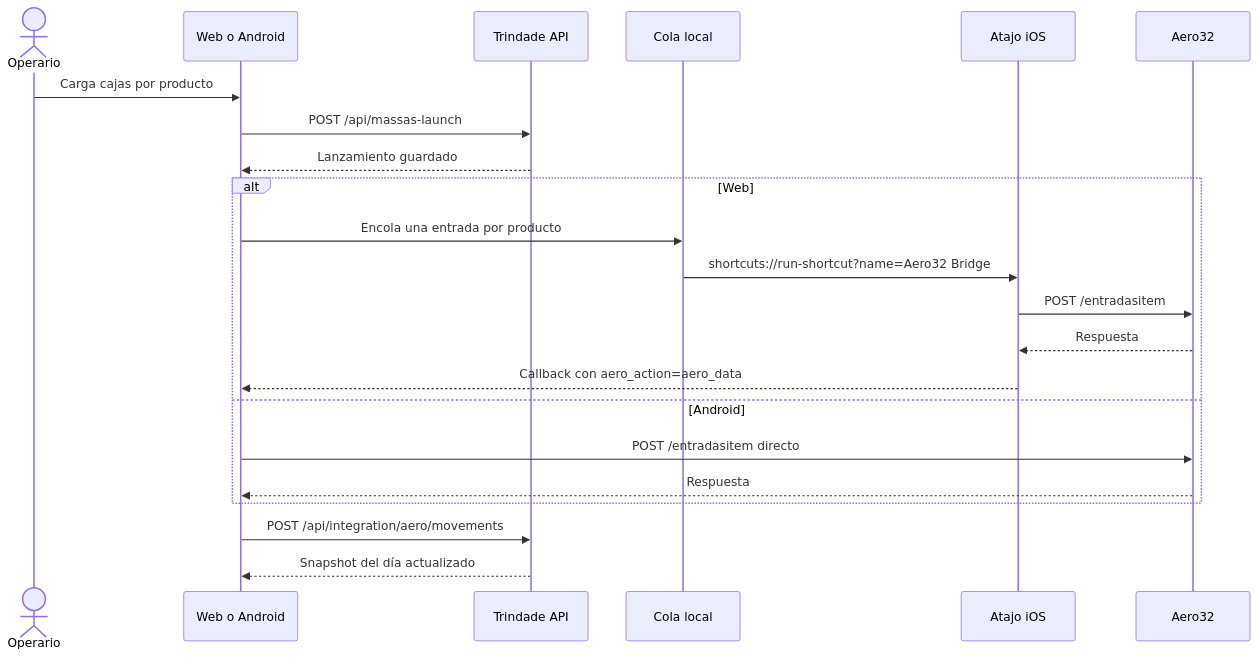
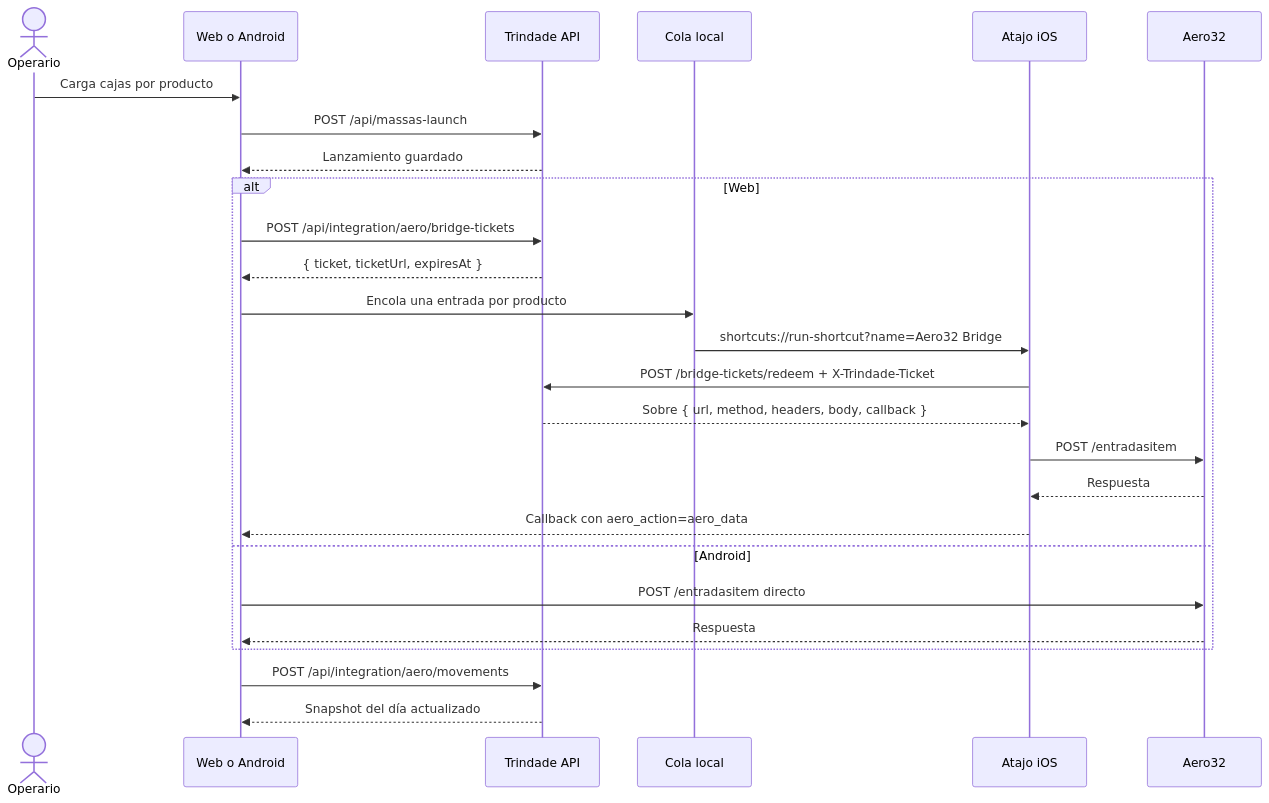
Before and after one commit to wilkin-barban/Trindade: the diagram in docs/integracion-aero-masas-web.md, drawn with Mermaid. The commit also changed other lines of this file and 7 other files, not shown here.

Commit message:
docs: document schema revision 10, the ERP vault and the shortcut delta

````diff
--- a/docs/integracion-aero-masas-web.md
+++ b/docs/integracion-aero-masas-web.md
@@ -40,25 +44,29 @@
 ```mermaid
 sequenceDiagram
     actor Operario
     participant UI as Web o Android
     participant API as Trindade API
     participant Cola as Cola local
     participant Atajo as Atajo iOS
     participant ERP as Aero32
 
     Operario->>UI: Carga cajas por producto
     UI->>API: POST /api/massas-launch
     API-->>UI: Lanzamiento guardado
     alt Web
+        UI->>API: POST /api/integration/aero/bridge-tickets
+        API-->>UI: { ticket, ticketUrl, expiresAt }
         UI->>Cola: Encola una entrada por producto
         Cola->>Atajo: shortcuts://run-shortcut?name=Aero32 Bridge
+        Atajo->>API: POST /bridge-tickets/redeem + X-Trindade-Ticket
+        API-->>Atajo: Sobre { url, method, headers, body, callback }
         Atajo->>ERP: POST /entradasitem
         ERP-->>Atajo: Respuesta
         Atajo-->>UI: Callback con aero_action=aero_data
     else Android
         UI->>ERP: POST /entradasitem directo
         ERP-->>UI: Respuesta
     end
     UI->>API: POST /api/integration/aero/movements
     API-->>UI: Snapshot del día actualizado
 ```
````
